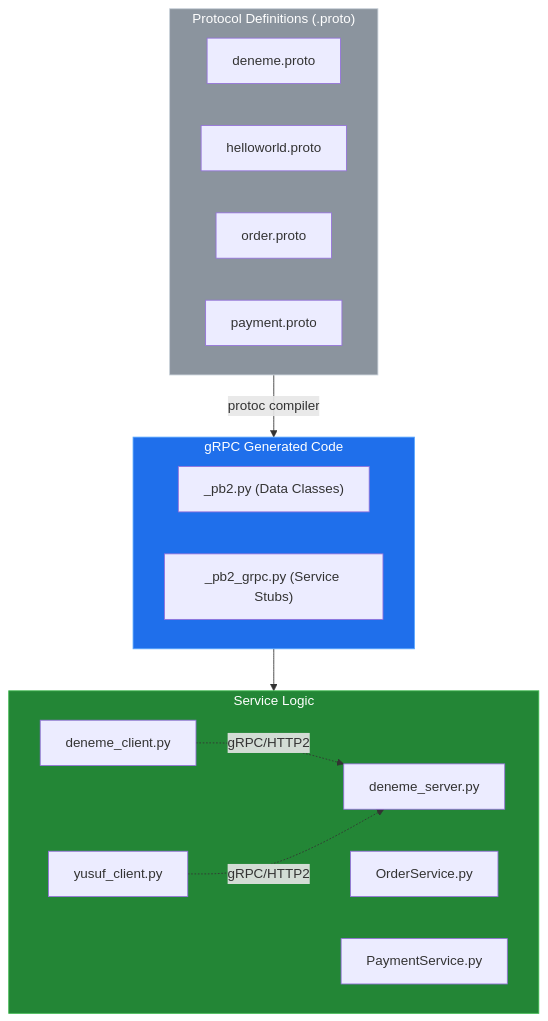
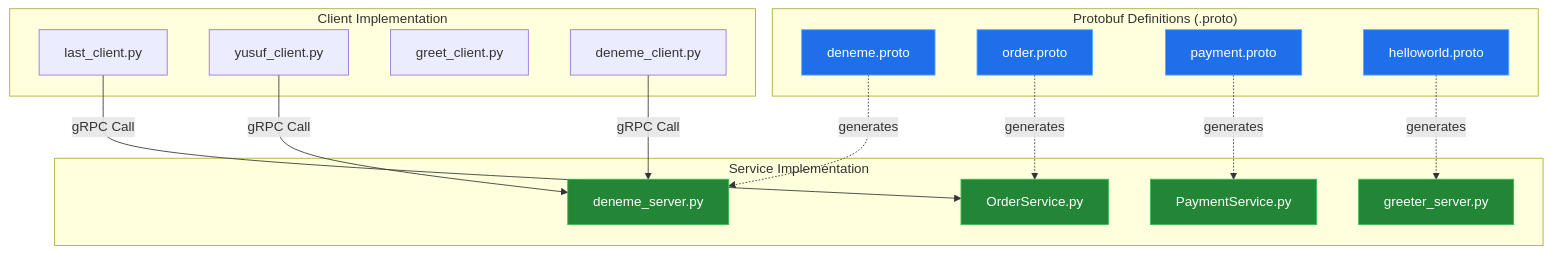
One commit to YusuffBulbul/GRPC_calisma changed the first of 2 diagrams in README_ARCH.md. Above: the diagram before and after it, drawn with Mermaid. The commit also changed other lines of this file, not shown here.

Commit message:
docs: update system blueprint (2026-09-07)

````diff
--- a/README_ARCH.md
+++ b/README_ARCH.md
@@ -19,33 +20,43 @@
 ```mermaid
 flowchart TD
-    subgraph Protobuf ["Protocol Definitions (.proto)"]
+    subgraph Protobuf_Layer ["Protobuf Definitions (.proto)"]
         P1["deneme.proto"]
-        P2["helloworld.proto"]
-        P3["order.proto"]
-        P4["payment.proto"]
+        P2["order.proto"]
+        P3["payment.proto"]
+        P4["helloworld.proto"]
     end
 
-    subgraph Generated ["gRPC Generated Code"]
-        G1["_pb2.py (Data Classes)"]
-        G2["_pb2_grpc.py (Service Stubs)"]
+    subgraph Service_Logic ["Service Implementation"]
+        S1["OrderService.py"]
+        S2["PaymentService.py"]
+        S3["deneme_server.py"]
+        S4["greeter_server.py"]
     end
 
-    subgraph Implementation ["Service Logic"]
-        direction LR
-        S1["deneme_server.py"]
-        S2["OrderService.py"]
-        S3["PaymentService.py"]
-        C1["deneme_client.py"]
+    subgraph Client_Logic ["Client Implementation"]
+        C1["last_client.py"]
         C2["yusuf_client.py"]
+        C3["greet_client.py"]
+        C4["deneme_client.py"]
     end
 
-    Protobuf -->|"protoc compiler"| Generated
-    Generated --> Implementation
-    C1 -.->|"gRPC/HTTP2"| S1
-    C2 -.->|"gRPC/HTTP2"| S1
+    P1 -.->|"generates"| S3
+    P2 -.->|"generates"| S1
+    P3 -.->|"generates"| S2
+    P4 -.->|"generates"| S4
 
-    style Protobuf fill:#8b949e,stroke:#c9d1d9,color:#fff
-    style Generated fill:#1f6feb,stroke:#58a6ff,color:#fff
-    style Implementation fill:#238636,stroke:#3fb950,color:#fff
+    C1 -->|"gRPC Call"| S1
+    C4 -->|"gRPC Call"| S3
+    C2 -->|"gRPC Call"| S3
+
+    style P1 fill:#1f6feb,stroke:#58a6ff,color:#fff
+    style P2 fill:#1f6feb,stroke:#58a6ff,color:#fff
+    style P3 fill:#1f6feb,stroke:#58a6ff,color:#fff
+    style P4 fill:#1f6feb,stroke:#58a6ff,color:#fff
+
+    style S1 fill:#238636,stroke:#3fb950,color:#fff
+    style S2 fill:#238636,stroke:#3fb950,color:#fff
+    style S3 fill:#238636,stroke:#3fb950,color:#fff
+    style S4 fill:#238636,stroke:#3fb950,color:#fff
 
 ```
````
